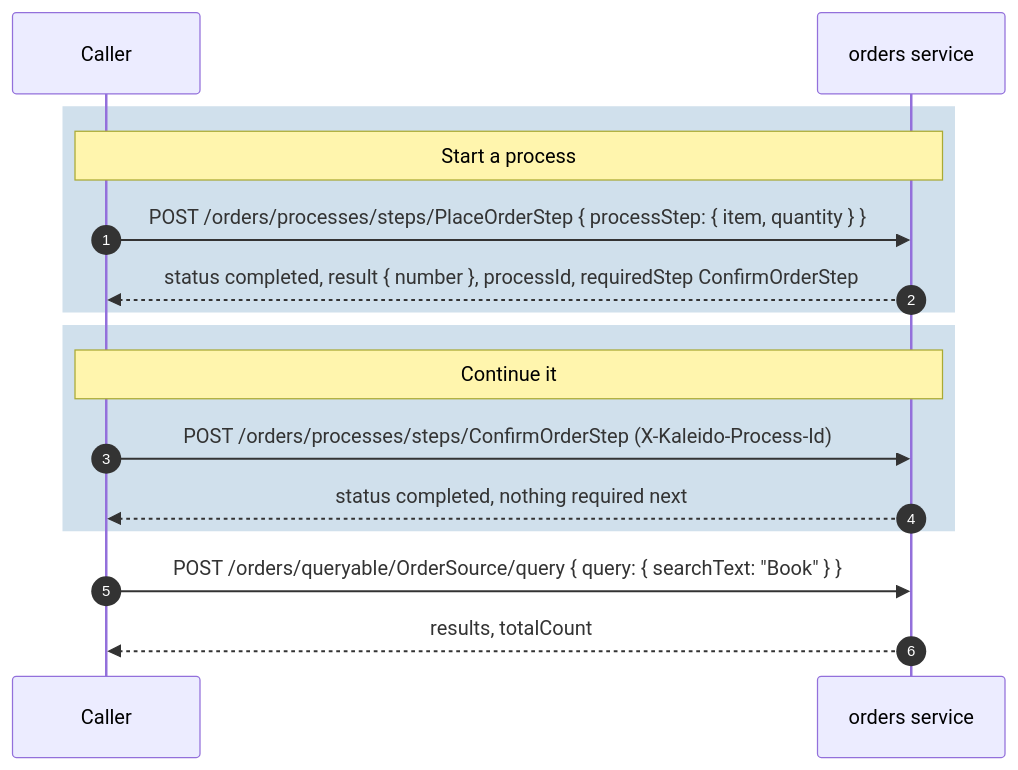
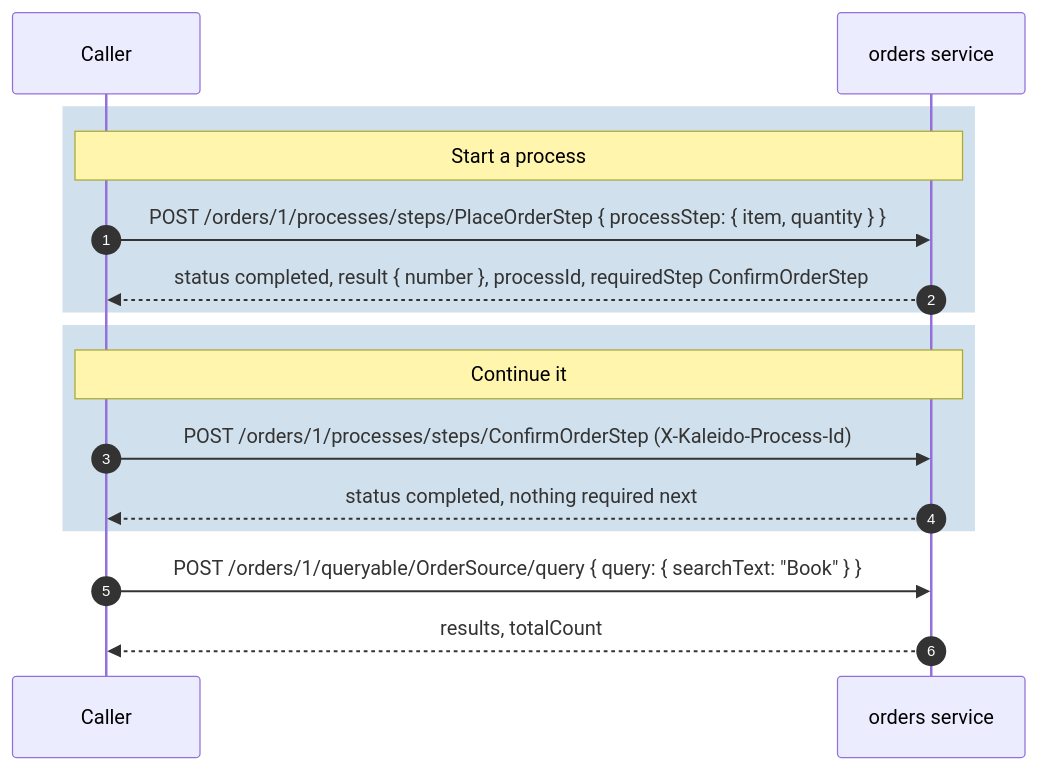
One commit to no1ross/Kaleido changed the diagram in docs/guide/getting-started.md. Above: the diagram before and after it, drawn with Mermaid. The commit also changed other lines of this file and 49 other files, not shown here.

````diff
--- a/docs/guide/getting-started.md
+++ b/docs/guide/getting-started.md
@@ -163,21 +166,21 @@
 ```mermaid
 sequenceDiagram
     autonumber
     participant C as Caller
     participant S as orders service
 
     rect rgba(70, 130, 180, 0.25)
         Note over C,S: Start a process
-        C->>S: POST /orders/processes/steps/PlaceOrderStep { processStep: { item, quantity } }
+        C->>S: POST /orders/1/processes/steps/PlaceOrderStep { processStep: { item, quantity } }
         S-->>C: status completed, result { number }, processId, requiredStep ConfirmOrderStep
     end
 
     rect rgba(70, 130, 180, 0.25)
         Note over C,S: Continue it
-        C->>S: POST /orders/processes/steps/ConfirmOrderStep (X-Kaleido-Process-Id)
+        C->>S: POST /orders/1/processes/steps/ConfirmOrderStep (X-Kaleido-Process-Id)
         S-->>C: status completed, nothing required next
     end
 
-    C->>S: POST /orders/queryable/OrderSource/query { query: { searchText: "Book" } }
+    C->>S: POST /orders/1/queryable/OrderSource/query { query: { searchText: "Book" } }
     S-->>C: results, totalCount
 ```
````
